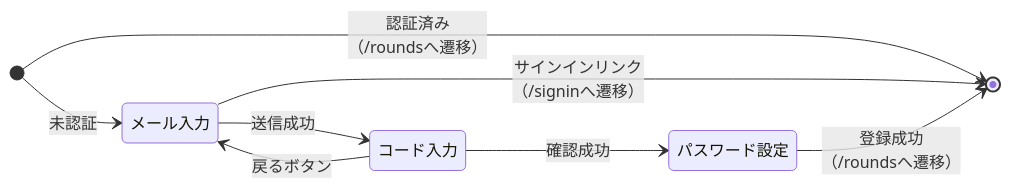
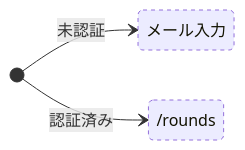
The third of 10 diagrams in docs/screen-state.md (yukiyamasaki6/aims), drawn with Mermaid before and after one commit. The commit also changed other lines of this file, not shown here.

First line of the commit message:
docs: screen-state.mdの状態遷移図の表記を整理する (#355)

````diff
--- a/docs/screen-state.md
+++ b/docs/screen-state.md
@@ -61,14 +74,12 @@
 ```mermaid
 stateDiagram-v2
     direction LR
-    [*] --> メール入力: 未認証
-    [*] --> [*]: 認証済み<br/>（/roundsへ遷移）
+    state "メール入力" as EmailStep
+    state "/rounds" as Rounds
 
-    メール入力 --> コード入力: 送信成功
-    メール入力 --> [*]: サインインリンク<br/>（/signinへ遷移）
+    [*] --> EmailStep: 未認証
+    [*] --> Rounds: 認証済み
 
-    コード入力 --> パスワード設定: 確認成功
-    コード入力 --> メール入力: 戻るボタン
-
-    パスワード設定 --> [*]: 登録成功<br/>（/roundsへ遷移）
+    classDef external stroke-dasharray: 4 4
+    class EmailStep,Rounds external
 ```
````
